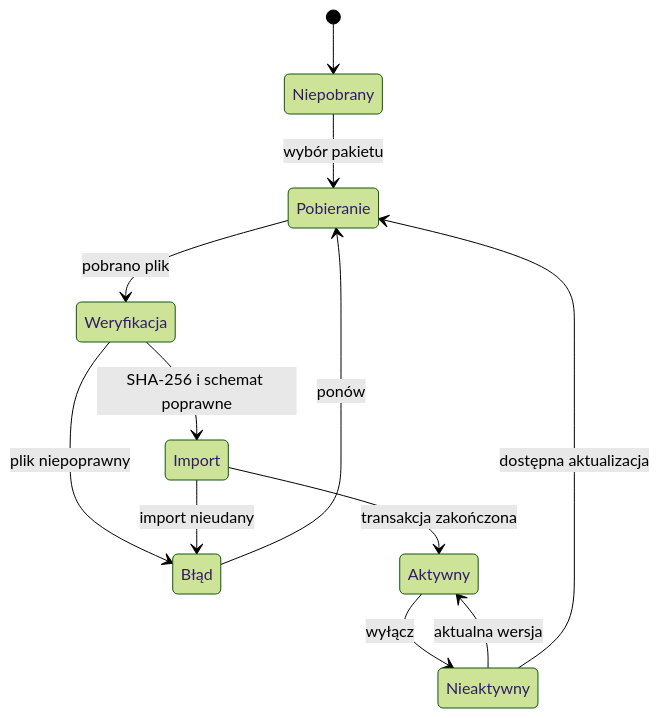
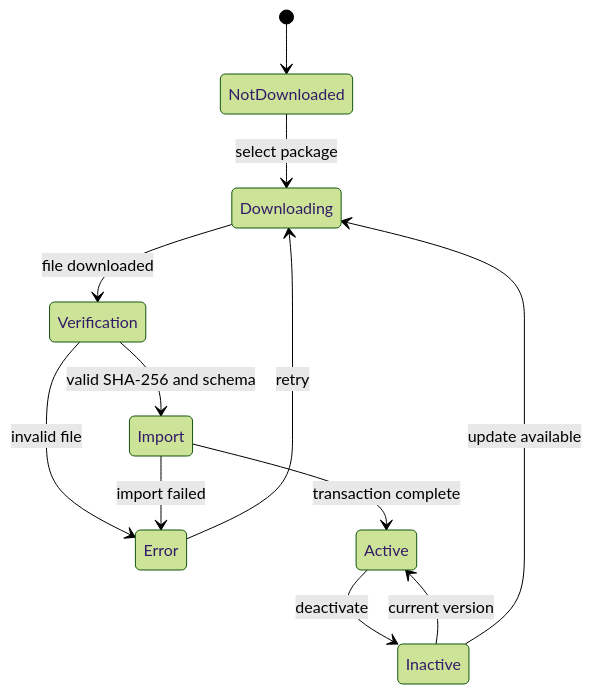
Before and after one commit to Bartmannn/APPlikacja-showcase: the second of 3 diagrams in README.md, drawn with Mermaid (forest theme). The commit also changed other lines of this file and 1 other file, not shown here.

````diff
--- a/README.md
+++ b/README.md
@@ -141,14 +132,14 @@
 ```mermaid
 stateDiagram-v2
-    [*] --> Niepobrany
-    Niepobrany --> Pobieranie: wybór pakietu
-    Pobieranie --> Weryfikacja: pobrano plik
-    Weryfikacja --> Import: SHA-256 i schemat poprawne
-    Weryfikacja --> Błąd: plik niepoprawny
-    Import --> Aktywny: transakcja zakończona
-    Import --> Błąd: import nieudany
-    Błąd --> Pobieranie: ponów
-    Aktywny --> Nieaktywny: wyłącz
-    Nieaktywny --> Aktywny: aktualna wersja
-    Nieaktywny --> Pobieranie: dostępna aktualizacja
+    [*] --> NotDownloaded
+    NotDownloaded --> Downloading: select package
+    Downloading --> Verification: file downloaded
+    Verification --> Import: valid SHA-256 and schema
+    Verification --> Error: invalid file
+    Import --> Active: transaction complete
+    Import --> Error: import failed
+    Error --> Downloading: retry
+    Active --> Inactive: deactivate
+    Inactive --> Active: current version
+    Inactive --> Downloading: update available
 ```
````
